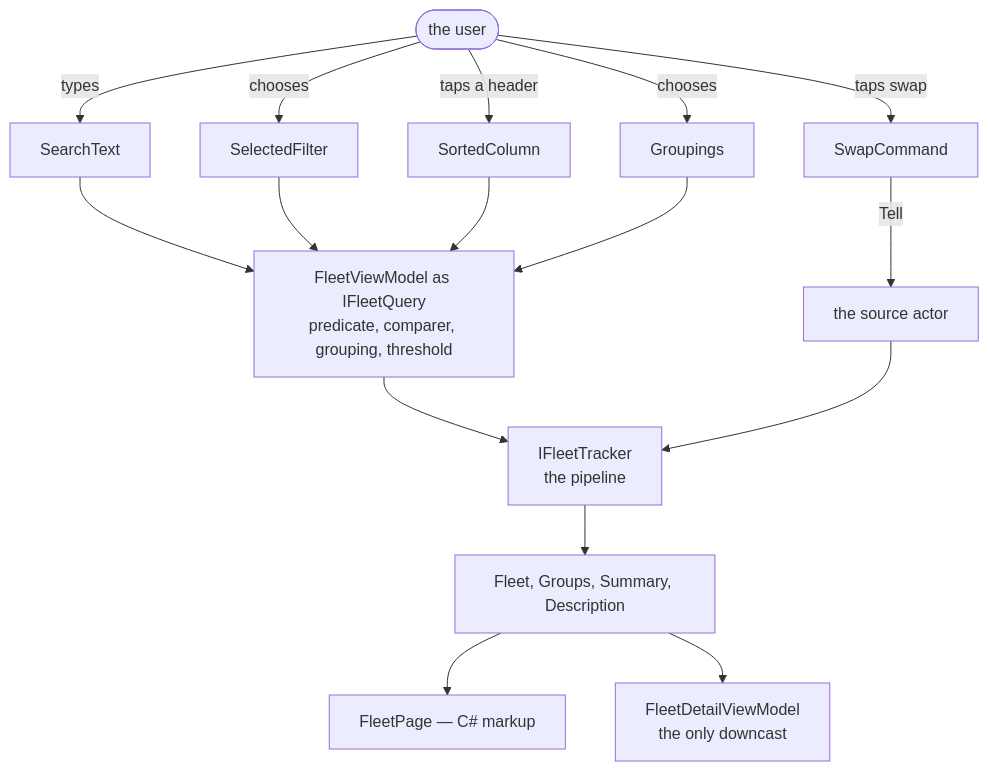
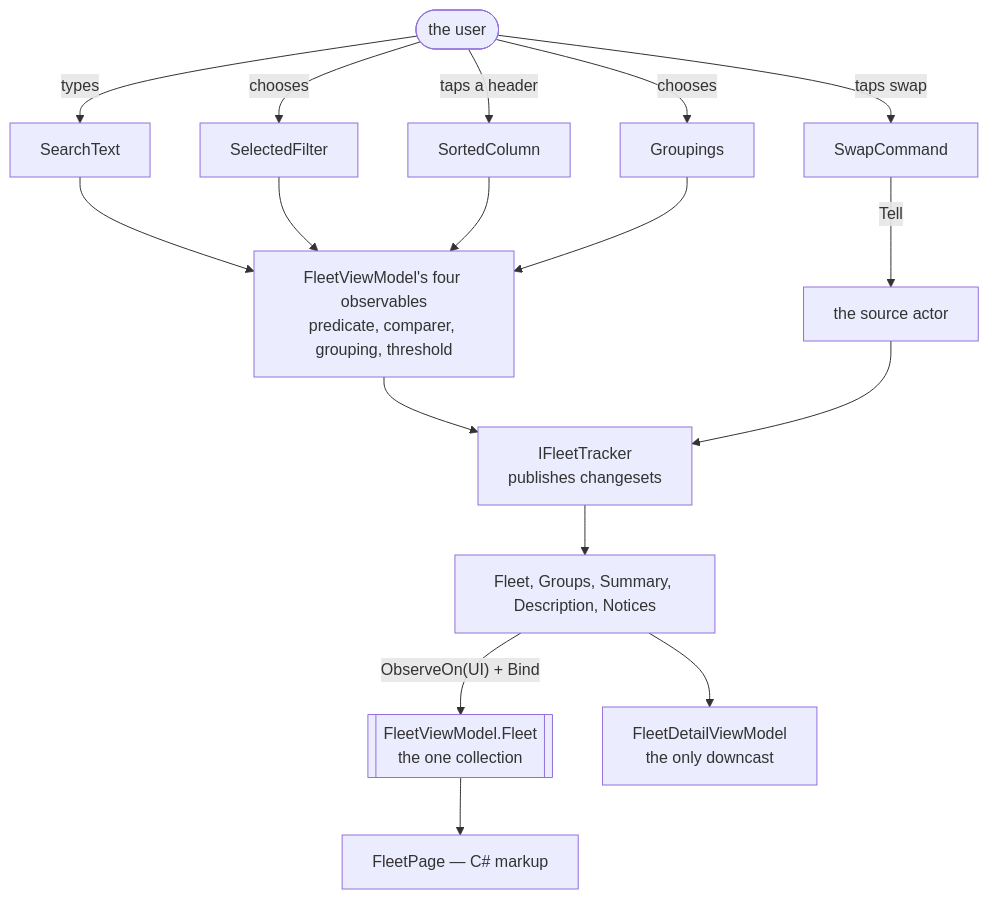
One commit to RLittlesII/Transporter changed the first of 3 diagrams in features/fleet-dashboard/.spec/README.md. Above: the diagram before and after it, drawn with Mermaid. The commit also changed other lines of this file and 3 other files, not shown here.

````diff
--- a/features/fleet-dashboard/.spec/README.md
+++ b/features/fleet-dashboard/.spec/README.md
@@ -176,19 +187,20 @@
 ```mermaid
 flowchart TD
     user([the user])
     user -->|types| search["SearchText"]
     user -->|chooses| filter["SelectedFilter"]
     user -->|taps a header| sortedColumn["SortedColumn"]
     user -->|chooses| grouping["Groupings"]
     user -->|taps swap| command["SwapCommand"]
     search --> query
     filter --> query
     sortedColumn --> query
     grouping --> query
-    query["FleetViewModel as IFleetQuery<br/>predicate, comparer, grouping, threshold"] --> tracker
+    query["FleetViewModel's four observables<br/>predicate, comparer, grouping, threshold"] --> tracker
     command -->|Tell| actor["the source actor"]
     actor --> tracker
-    tracker["IFleetTracker<br/>the pipeline"] --> fleet["Fleet, Groups, Summary, Description"]
-    fleet --> page["FleetPage — C# markup"]
-    fleet --> detail["FleetDetailViewModel<br/>the only downcast"]
+    tracker["IFleetTracker<br/>publishes changesets"] --> streams["Fleet, Groups, Summary, Description, Notices"]
+    streams -->|"ObserveOn(UI) + Bind"| bound[["FleetViewModel.Fleet<br/>the one collection"]]
+    bound --> page["FleetPage — C# markup"]
+    streams --> detail["FleetDetailViewModel<br/>the only downcast"]
 ```
````
